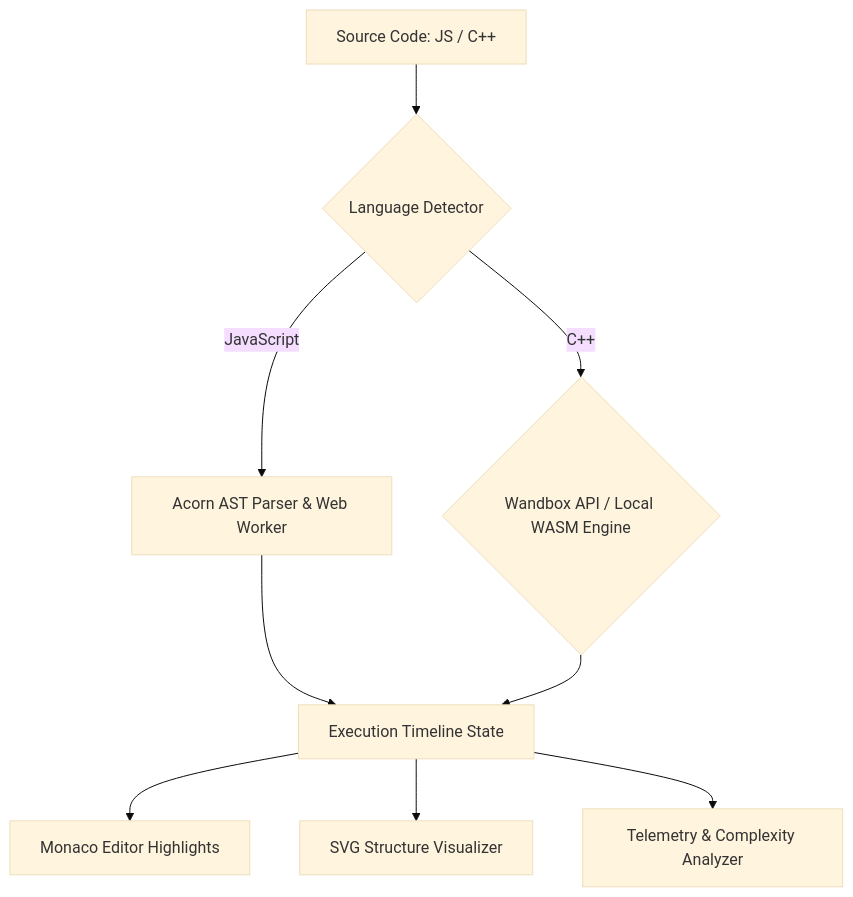
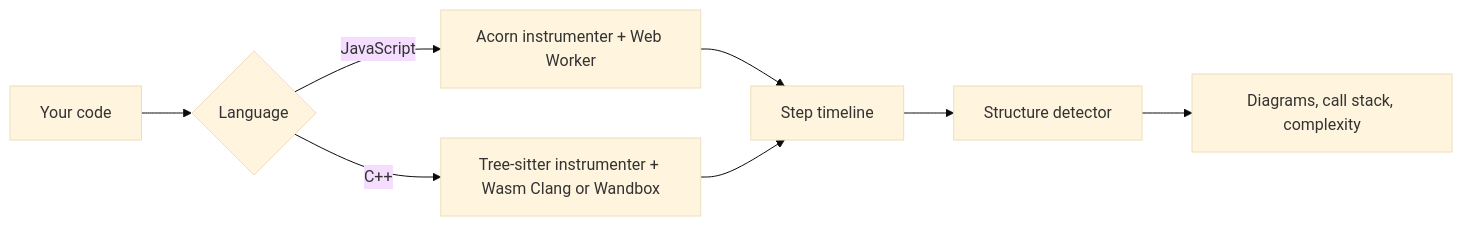
The diagram in README.md (somyacodes07/algoviz), drawn with Mermaid (base theme) before and after one commit. The commit also changed other lines of this file and 22 other files, not shown here.

````diff
--- a/README.md
+++ b/README.md
@@ -104,11 +109,10 @@
 ```mermaid
-graph TD
-    A[Source Code: JS / C++] --> B{Language Detector}
-    B -->|JavaScript| C[Acorn AST Parser & Web Worker]
-    B -->|C++| D{Wandbox API / Local WASM Engine}
-    C --> E[Execution Timeline State]
+graph LR
+    A[Your code] --> B{Language}
+    B -->|JavaScript| C[Acorn instrumenter + Web Worker]
+    B -->|C++| D[Tree-sitter instrumenter + Wasm Clang or Wandbox]
+    C --> E[Step timeline]
     D --> E
-    E --> F[Monaco Editor Highlights]
-    E --> G[SVG Structure Visualizer]
-    E --> H[Telemetry & Complexity Analyzer]
+    E --> F[Structure detector]
+    F --> G[Diagrams, call stack, complexity]
 ```
````
